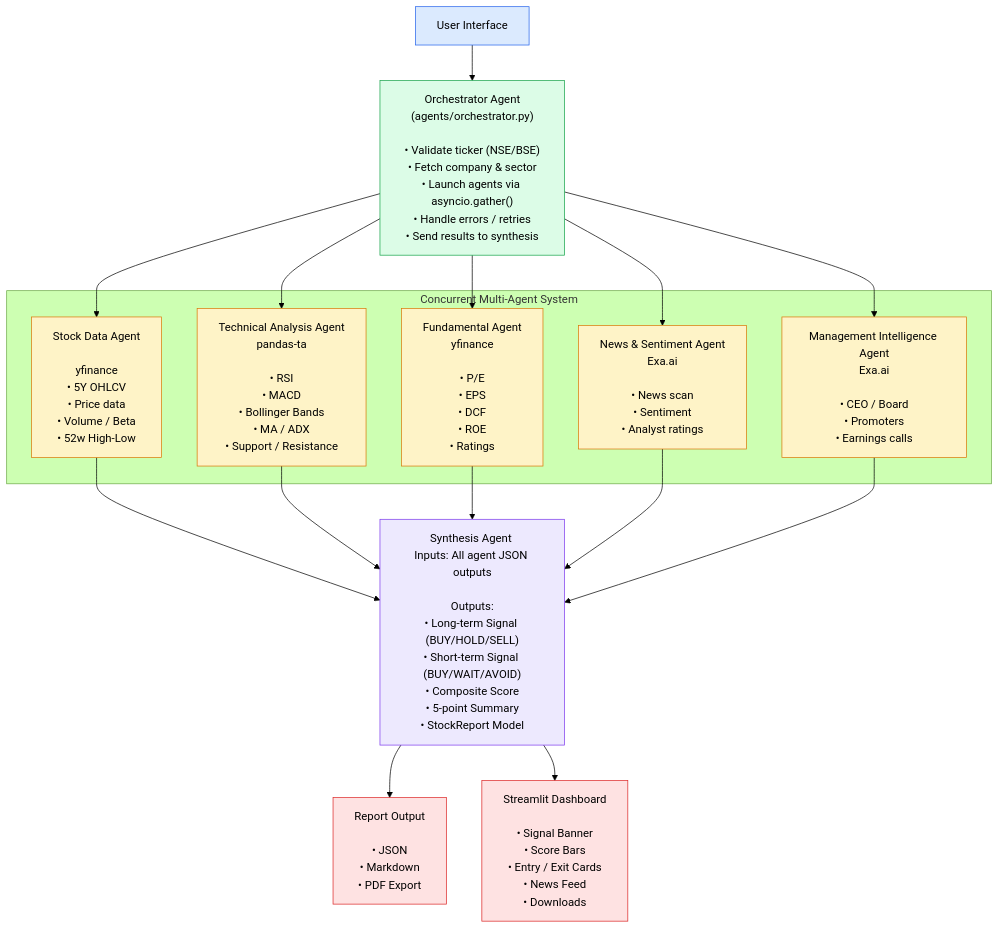
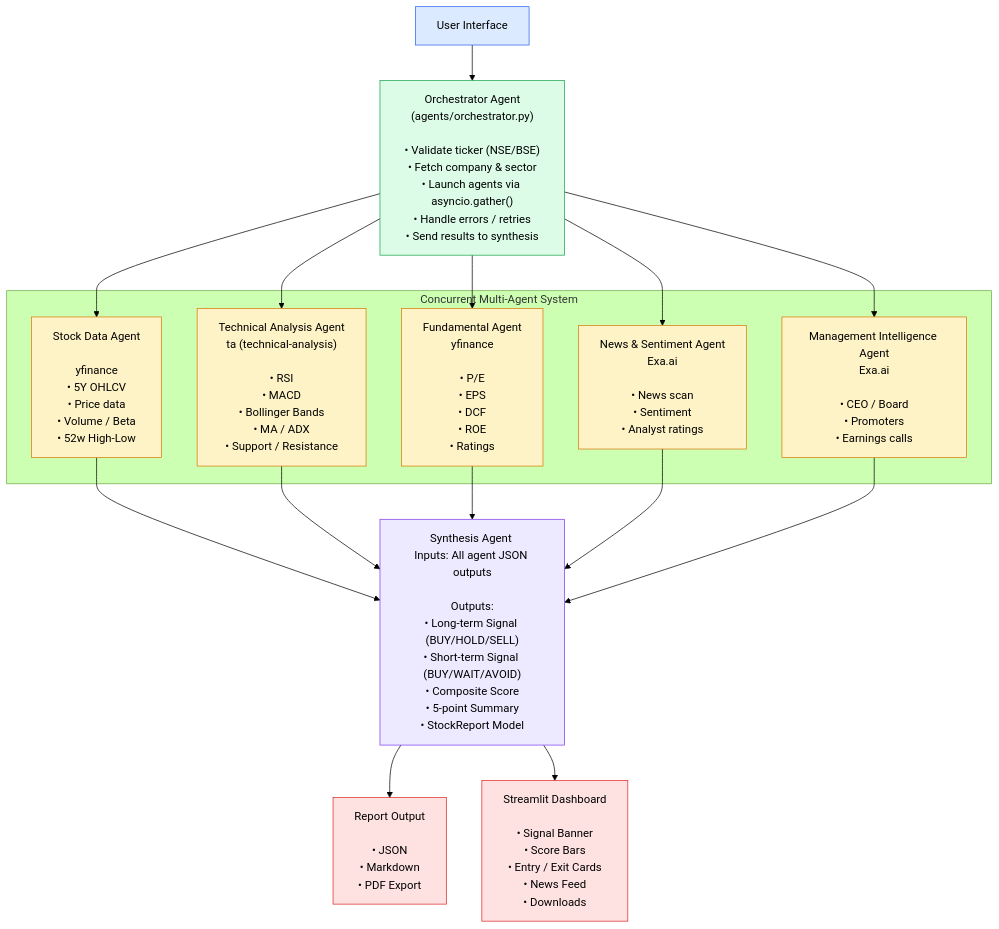
Before and after one commit to dhruvxbug/InvestorAI: the diagram in README.md, drawn with Mermaid (forest theme). The commit also changed other lines of this file, not shown here.

Commit message:
docs: refresh README for current architecture and usage

```diff
--- a/README.md
+++ b/README.md
@@ -45,7 +45,7 @@
 • 52w High-Low"]
 
 TA[" Technical Analysis Agent
-pandas-ta<br/>
+ta (technical-analysis)<br/>
 • RSI
 • MACD
 • Bollinger Bands
```
